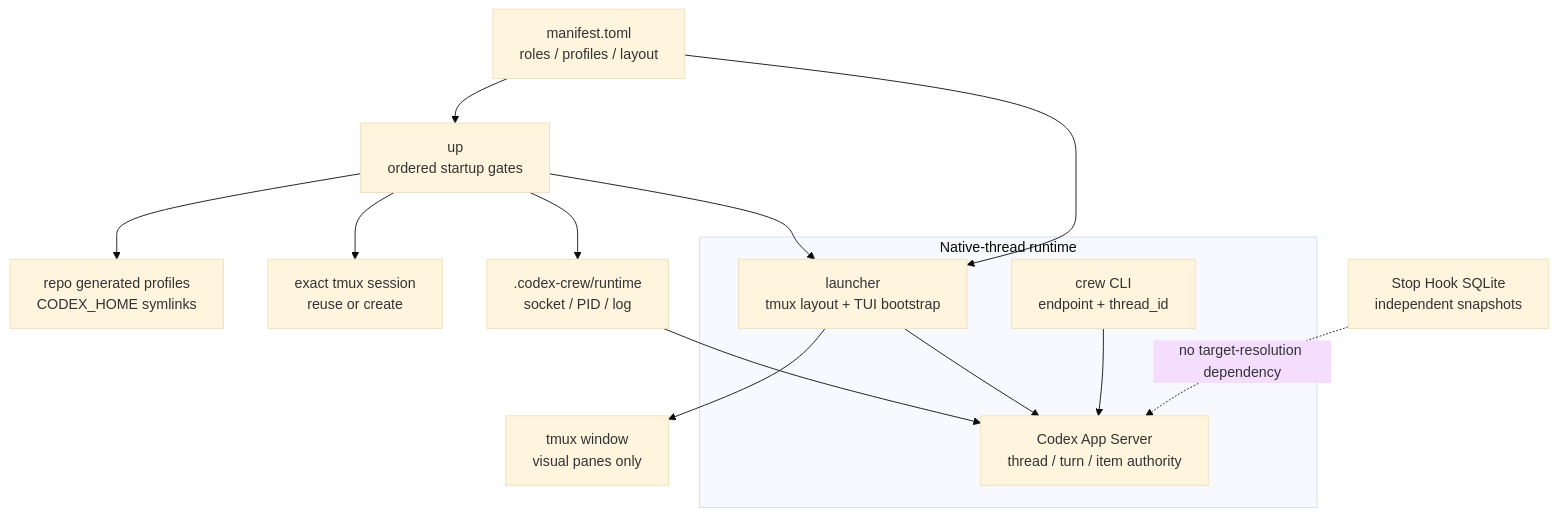
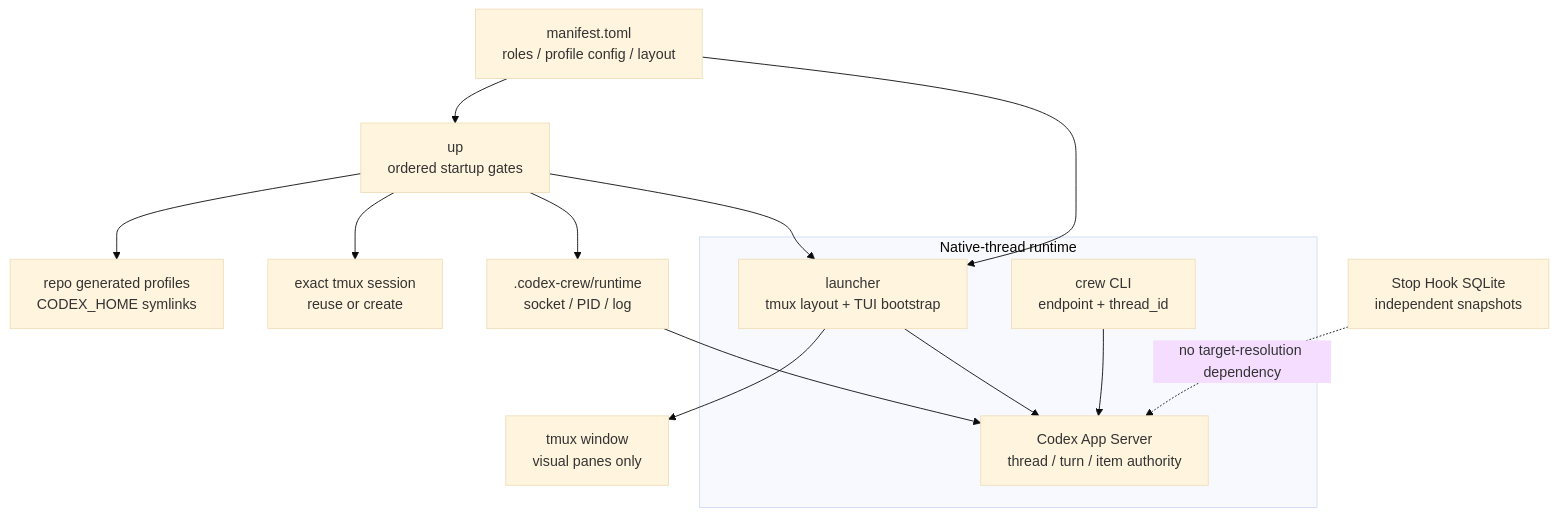
One commit to GlacierAlgo/codex-crew changed the diagram in DESIGN.md. Above: the diagram before and after it, drawn with Mermaid (base theme). The commit also changed other lines of this file and 19 other files, not shown here.

````diff
--- a/DESIGN.md
+++ b/DESIGN.md
@@ -12,29 +13,29 @@
 ```mermaid
 flowchart TD
-    MANIFEST["manifest.toml<br/>roles / profiles / layout"]
+    MANIFEST["manifest.toml<br/>roles / profile config / layout"]
     UP["up<br/>ordered startup gates"]
     PROFILES["repo generated profiles<br/>CODEX_HOME symlinks"]
     SESSION["exact tmux session<br/>reuse or create"]
     REPO_RUNTIME[".codex-crew/runtime<br/>socket / PID / log"]
     LAUNCHER["launcher<br/>tmux layout + TUI bootstrap"]
     APP["Codex App Server<br/>thread / turn / item authority"]
     CLI["crew CLI<br/>endpoint + thread_id"]
     TMUX["tmux window<br/>visual panes only"]
     STOP["Stop Hook SQLite<br/>independent snapshots"]
     subgraph NATIVE_RUNTIME["Native-thread runtime"]
         LAUNCHER
         APP
         CLI
     end
     MANIFEST --> UP
     MANIFEST --> LAUNCHER
     UP --> PROFILES
     UP --> SESSION
     UP --> REPO_RUNTIME
     UP --> LAUNCHER
     REPO_RUNTIME --> APP
     LAUNCHER --> TMUX
     LAUNCHER --> APP
     CLI --> APP
     STOP -. "no target-resolution dependency" .-> APP
 ```
````
